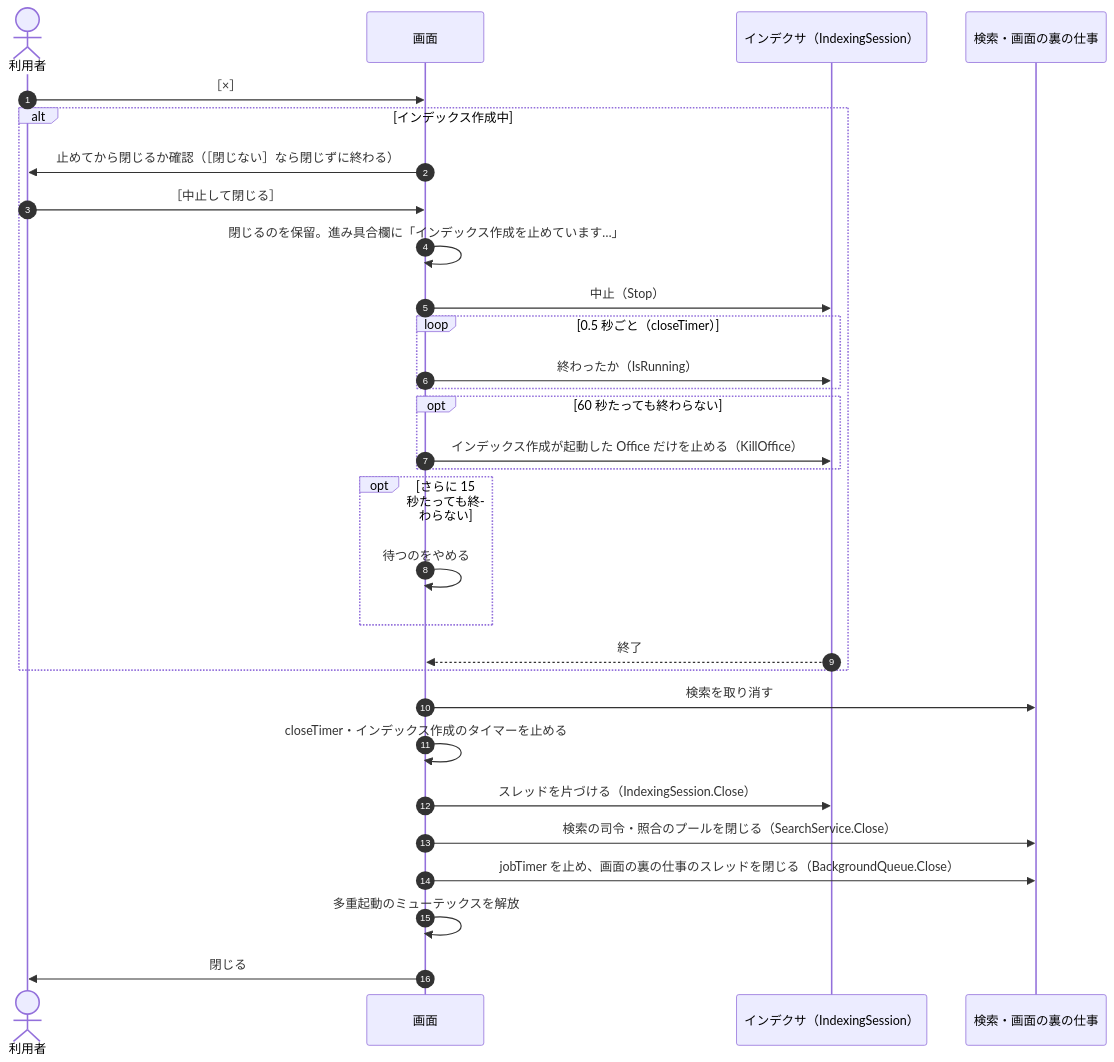
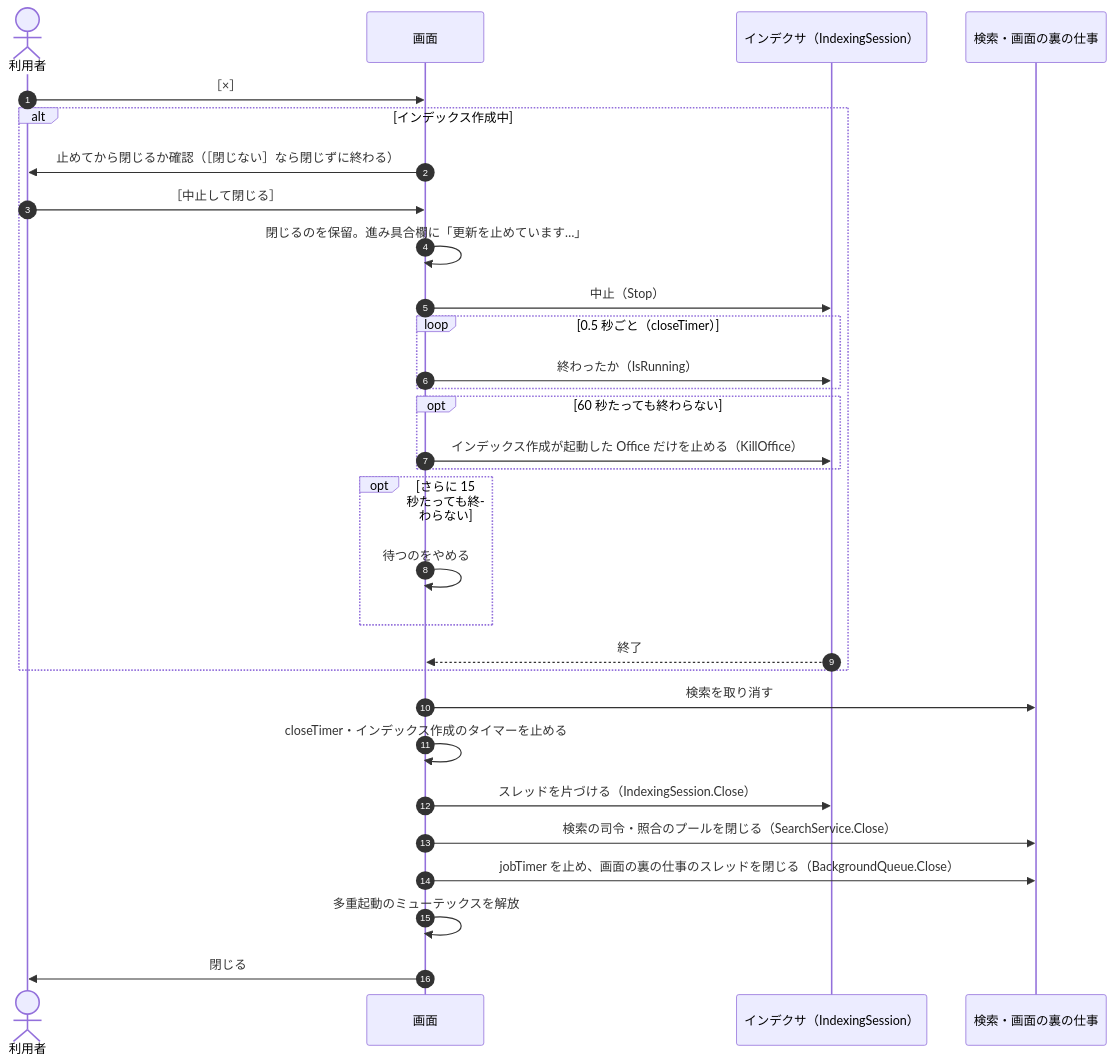
The fifth of 5 diagrams in docs/design/gui/state-flow.md (hsgwa/tebunko), drawn with Mermaid before and after one commit. The commit also changed 5 other files, not shown here.

````diff
--- a/docs/design/gui/state-flow.md
+++ b/docs/design/gui/state-flow.md
@@ -164,33 +164,33 @@
 ```mermaid
 sequenceDiagram
     autonumber
     actor U as 利用者
     participant G as 画面
     participant P as インデクサ（IndexingSession）
     participant S as 検索・画面の裏の仕事
 
     U->>G: ［×］
     alt インデックス作成中
         G->>U: 止めてから閉じるか確認（［閉じない］なら閉じずに終わる）
         U->>G: ［中止して閉じる］
-        G->>G: 閉じるのを保留。進み具合欄に「インデックス作成を止めています…」
+        G->>G: 閉じるのを保留。進み具合欄に「更新を止めています…」
         G->>P: 中止（Stop）
         loop 0.5 秒ごと（closeTimer）
             G->>P: 終わったか（IsRunning）
         end
         opt 60 秒たっても終わらない
             G->>P: インデックス作成が起動した Office だけを止める（KillOffice）
         end
         opt さらに 15 秒たっても終わらない
             G->>G: 待つのをやめる
         end
         P-->>G: 終了
     end
     G->>S: 検索を取り消す
     G->>G: closeTimer・インデックス作成のタイマーを止める
     G->>P: スレッドを片づける（IndexingSession.Close）
     G->>S: 検索の司令・照合のプールを閉じる（SearchService.Close）
     G->>S: jobTimer を止め、画面の裏の仕事のスレッドを閉じる（BackgroundQueue.Close）
     G->>G: 多重起動のミューテックスを解放
     G->>U: 閉じる
 ```
````
